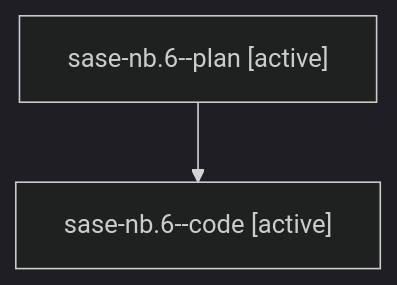
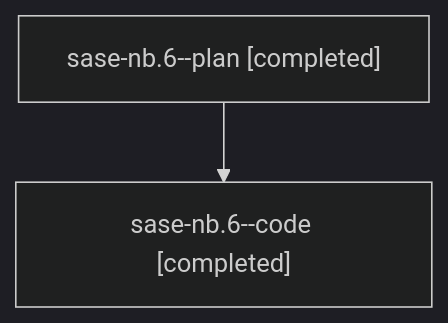
One commit to sase-org/sase--agents changed the diagram in families/bbugyi200.athena.sase-nb.6.md. Above: the diagram before and after it, drawn with Mermaid (dark theme). The commit also changed other lines of this file and 32 other files, not shown here.

````diff
--- a/families/bbugyi200.athena.sase-nb.6.md
+++ b/families/bbugyi200.athena.sase-nb.6.md
@@ -9,6 +9,6 @@
 ```mermaid
 flowchart TD
-  n0["sase-nb.6--plan [active]"]
-  n1["sase-nb.6--code [active]"]
+  n0["sase-nb.6--plan [completed]"]
+  n1["sase-nb.6--code [completed]"]
   n0 --> n1
 ```
````
